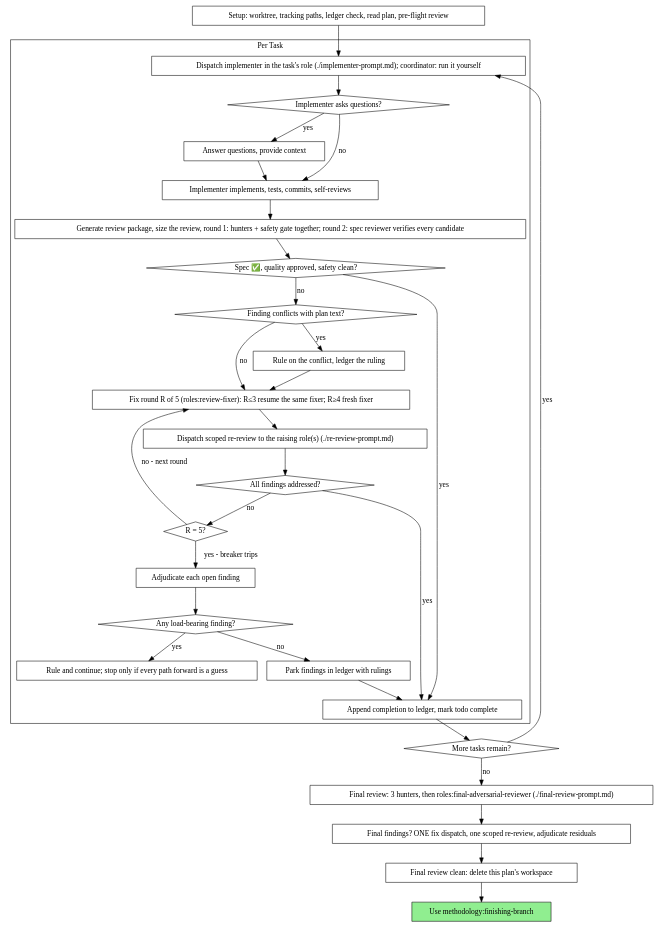
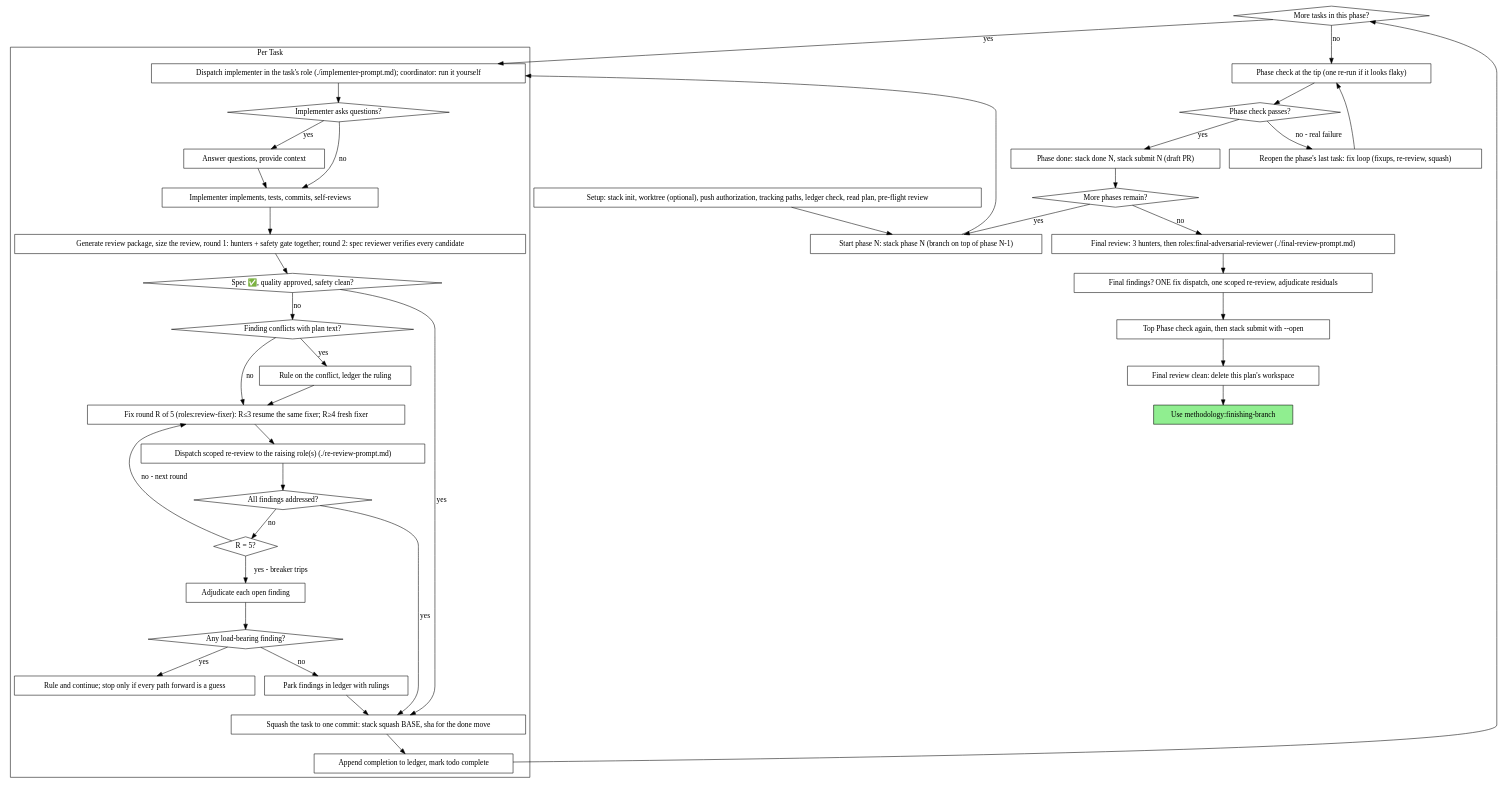
One commit to Montinou/triqual changed the second of 2 diagrams in plugins/methodology/skills/subagent-driven-development/SKILL.md. Above: the diagram before and after it, drawn with Graphviz. The commit also changed other lines of this file and 38 other files, not shown here.

````diff
--- a/plugins/methodology/skills/subagent-driven-development/SKILL.md
+++ b/plugins/methodology/skills/subagent-driven-development/SKILL.md
@@ -62,62 +63,80 @@
 ```dot
 digraph process {
     rankdir=TB;
 
     subgraph cluster_per_task {
         label="Per Task";
         "Dispatch implementer in the task's role (./implementer-prompt.md); coordinator: run it yourself" [shape=box];
         "Implementer asks questions?" [shape=diamond];
         "Answer questions, provide context" [shape=box];
         "Implementer implements, tests, commits, self-reviews" [shape=box];
         "Generate review package, size the review, round 1: hunters + safety gate together; round 2: spec reviewer verifies every candidate" [shape=box];
         "Spec ✅, quality approved, safety clean?" [shape=diamond];
         "Finding conflicts with plan text?" [shape=diamond];
         "Rule on the conflict, ledger the ruling" [shape=box];
         "Fix round R of 5 (roles:review-fixer): R≤3 resume the same fixer; R≥4 fresh fixer" [shape=box];
         "Dispatch scoped re-review to the raising role(s) (./re-review-prompt.md)" [shape=box];
         "All findings addressed?" [shape=diamond];
         "R = 5?" [shape=diamond];
         "Adjudicate each open finding" [shape=box];
         "Any load-bearing finding?" [shape=diamond];
         "Rule and continue; stop only if every path forward is a guess" [shape=box];
         "Park findings in ledger with rulings" [shape=box];
+        "Squash the task to one commit: stack squash BASE, sha for the done move" [shape=box];
         "Append completion to ledger, mark todo complete" [shape=box];
     }
 
-    "Setup: worktree, tracking paths, ledger check, read plan, pre-flight review" [shape=box];
-    "More tasks remain?" [shape=diamond];
+    "Setup: stack init, worktree (optional), push authorization, tracking paths, ledger check, read plan, pre-flight review" [shape=box];
+    "Start phase N: stack phase N (branch on top of phase N-1)" [shape=box];
+    "More tasks in this phase?" [shape=diamond];
+    "Phase check at the tip (one re-run if it looks flaky)" [shape=box];
+    "Phase check passes?" [shape=diamond];
+    "Reopen the phase's last task: fix loop (fixups, re-review, squash)" [shape=box];
+    "Phase done: stack done N, stack submit N (draft PR)" [shape=box];
+    "More phases remain?" [shape=diamond];
     "Final review: 3 hunters, then roles:final-adversarial-reviewer (./final-review-prompt.md)" [shape=box];
     "Final findings? ONE fix dispatch, one scoped re-review, adjudicate residuals" [shape=box];
+    "Top Phase check again, then stack submit with --open" [shape=box];
     "Final review clean: delete this plan's workspace" [shape=box];
     "Use methodology:finishing-branch" [shape=box style=filled fillcolor=lightgreen];
 
-    "Setup: worktree, tracking paths, ledger check, read plan, pre-flight review" -> "Dispatch implementer in the task's role (./implementer-prompt.md); coordinator: run it yourself";
+    "Setup: stack init, worktree (optional), push authorization, tracking paths, ledger check, read plan, pre-flight review" -> "Start phase N: stack phase N (branch on top of phase N-1)";
+    "Start phase N: stack phase N (branch on top of phase N-1)" -> "Dispatch implementer in the task's role (./implementer-prompt.md); coordinator: run it yourself";
     "Dispatch implementer in the task's role (./implementer-prompt.md); coordinator: run it yourself" -> "Implementer asks questions?";
     "Implementer asks questions?" -> "Answer questions, provide context" [label="yes"];
     "Answer questions, provide context" -> "Implementer implements, tests, commits, self-reviews";
     "Implementer asks questions?" -> "Implementer implements, tests, commits, self-reviews" [label="no"];
     "Implementer implements, tests, commits, self-reviews" -> "Generate review package, size the review, round 1: hunters + safety gate together; round 2: spec reviewer verifies every candidate";
     "Generate review package, size the review, round 1: hunters + safety gate together; round 2: spec reviewer verifies every candidate" -> "Spec ✅, quality approved, safety clean?";
-    "Spec ✅, quality approved, safety clean?" -> "Append completion to ledger, mark todo complete" [label="yes"];
+    "Spec ✅, quality approved, safety clean?" -> "Squash the task to one commit: stack squash BASE, sha for the done move" [label="yes"];
     "Spec ✅, quality approved, safety clean?" -> "Finding conflicts with plan text?" [label="no"];
     "Finding conflicts with plan text?" -> "Rule on the conflict, ledger the ruling" [label="yes"];
     "Rule on the conflict, ledger the ruling" -> "Fix round R of 5 (roles:review-fixer): R≤3 resume the same fixer; R≥4 fresh fixer";
     "Finding conflicts with plan text?" -> "Fix round R of 5 (roles:review-fixer): R≤3 resume the same fixer; R≥4 fresh fixer" [label="no"];
     "Fix round R of 5 (roles:review-fixer): R≤3 resume the same fixer; R≥4 fresh fixer" -> "Dispatch scoped re-review to the raising role(s) (./re-review-prompt.md)";
     "Dispatch scoped re-review to the raising role(s) (./re-review-prompt.md)" -> "All findings addressed?";
-    "All findings addressed?" -> "Append completion to ledger, mark todo complete" [label="yes"];
+    "All findings addressed?" -> "Squash the task to one commit: stack squash BASE, sha for the done move" [label="yes"];
     "All findings addressed?" -> "R = 5?" [label="no"];
     "R = 5?" -> "Fix round R of 5 (roles:review-fixer): R≤3 resume the same fixer; R≥4 fresh fixer" [label="no - next round"];
     "R = 5?" -> "Adjudicate each open finding" [label="yes - breaker trips"];
     "Adjudicate each open finding" -> "Any load-bearing finding?";
     "Any load-bearing finding?" -> "Rule and continue; stop only if every path forward is a guess" [label="yes"];
     "Any load-bearing finding?" -> "Park findings in ledger with rulings" [label="no"];
-    "Park findings in ledger with rulings" -> "Append completion to ledger, mark todo complete";
-    "Append completion to ledger, mark todo complete" -> "More tasks remain?";
-    "More tasks remain?" -> "Dispatch implementer in the task's role (./implementer-prompt.md); coordinator: run it yourself" [label="yes"];
-    "More tasks remain?" -> "Final review: 3 hunters, then roles:final-adversarial-reviewer (./final-review-prompt.md)" [label="no"];
+    "Park findings in ledger with rulings" -> "Squash the task to one commit: stack squash BASE, sha for the done move";
+    "Squash the task to one commit: stack squash BASE, sha for the done move" -> "Append completion to ledger, mark todo complete";
+    "Append completion to ledger, mark todo complete" -> "More tasks in this phase?";
+    "More tasks in this phase?" -> "Dispatch implementer in the task's role (./implementer-prompt.md); coordinator: run it yourself" [label="yes"];
+    "More tasks in this phase?" -> "Phase check at the tip (one re-run if it looks flaky)" [label="no"];
+    "Phase check at the tip (one re-run if it looks flaky)" -> "Phase check passes?";
+    "Phase check passes?" -> "Reopen the phase's last task: fix loop (fixups, re-review, squash)" [label="no - real failure"];
+    "Reopen the phase's last task: fix loop (fixups, re-review, squash)" -> "Phase check at the tip (one re-run if it looks flaky)";
+    "Phase check passes?" -> "Phase done: stack done N, stack submit N (draft PR)" [label="yes"];
+    "Phase done: stack done N, stack submit N (draft PR)" -> "More phases remain?";
+    "More phases remain?" -> "Start phase N: stack phase N (branch on top of phase N-1)" [label="yes"];
+    "More phases remain?" -> "Final review: 3 hunters, then roles:final-adversarial-reviewer (./final-review-prompt.md)" [label="no"];
     "Final review: 3 hunters, then roles:final-adversarial-reviewer (./final-review-prompt.md)" -> "Final findings? ONE fix dispatch, one scoped re-review, adjudicate residuals";
-    "Final findings? ONE fix dispatch, one scoped re-review, adjudicate residuals" -> "Final review clean: delete this plan's workspace";
+    "Final findings? ONE fix dispatch, one scoped re-review, adjudicate residuals" -> "Top Phase check again, then stack submit with --open";
+    "Top Phase check again, then stack submit with --open" -> "Final review clean: delete this plan's workspace";
     "Final review clean: delete this plan's workspace" -> "Use methodology:finishing-branch";
 }
 ```
````
